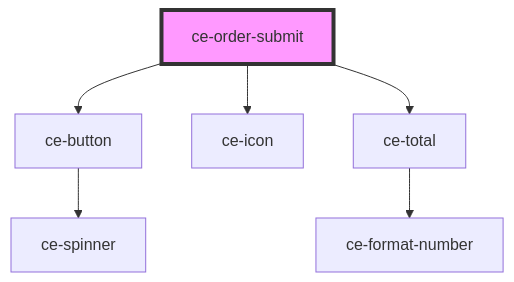
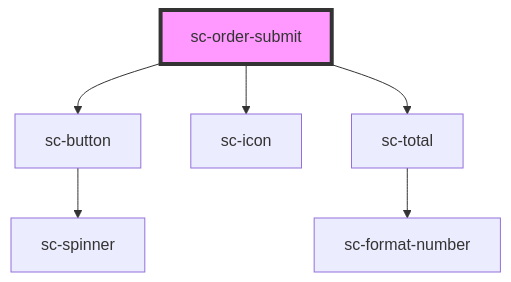
Before and after one commit to surecart/surecart-wp-plugin: the diagram in packages/components/src/components/controllers/checkout-form/order-submit/readme.md, drawn with Mermaid. The commit also changed other lines of this file and 1281 other files, not shown here.

````diff
--- a/packages/components/src/components/controllers/checkout-form/order-submit/readme.md
+++ b/packages/components/src/components/controllers/checkout-form/order-submit/readme.md
@@ -31,9 +31,9 @@
 ```mermaid
 graph TD;
-  ce-order-submit --> ce-button
-  ce-order-submit --> ce-icon
-  ce-order-submit --> ce-total
-  ce-button --> ce-spinner
-  ce-total --> ce-format-number
-  style ce-order-submit fill:#f9f,stroke:#333,stroke-width:4px
+  sc-order-submit --> sc-button
+  sc-order-submit --> sc-icon
+  sc-order-submit --> sc-total
+  sc-button --> sc-spinner
+  sc-total --> sc-format-number
+  style sc-order-submit fill:#f9f,stroke:#333,stroke-width:4px
 ```
````
